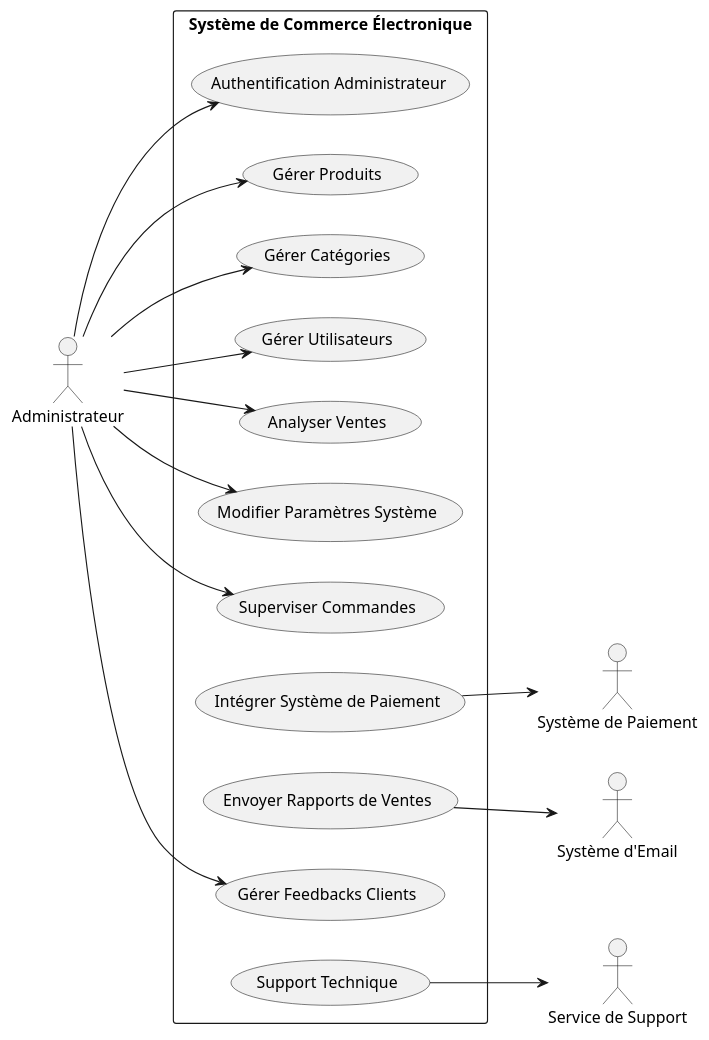
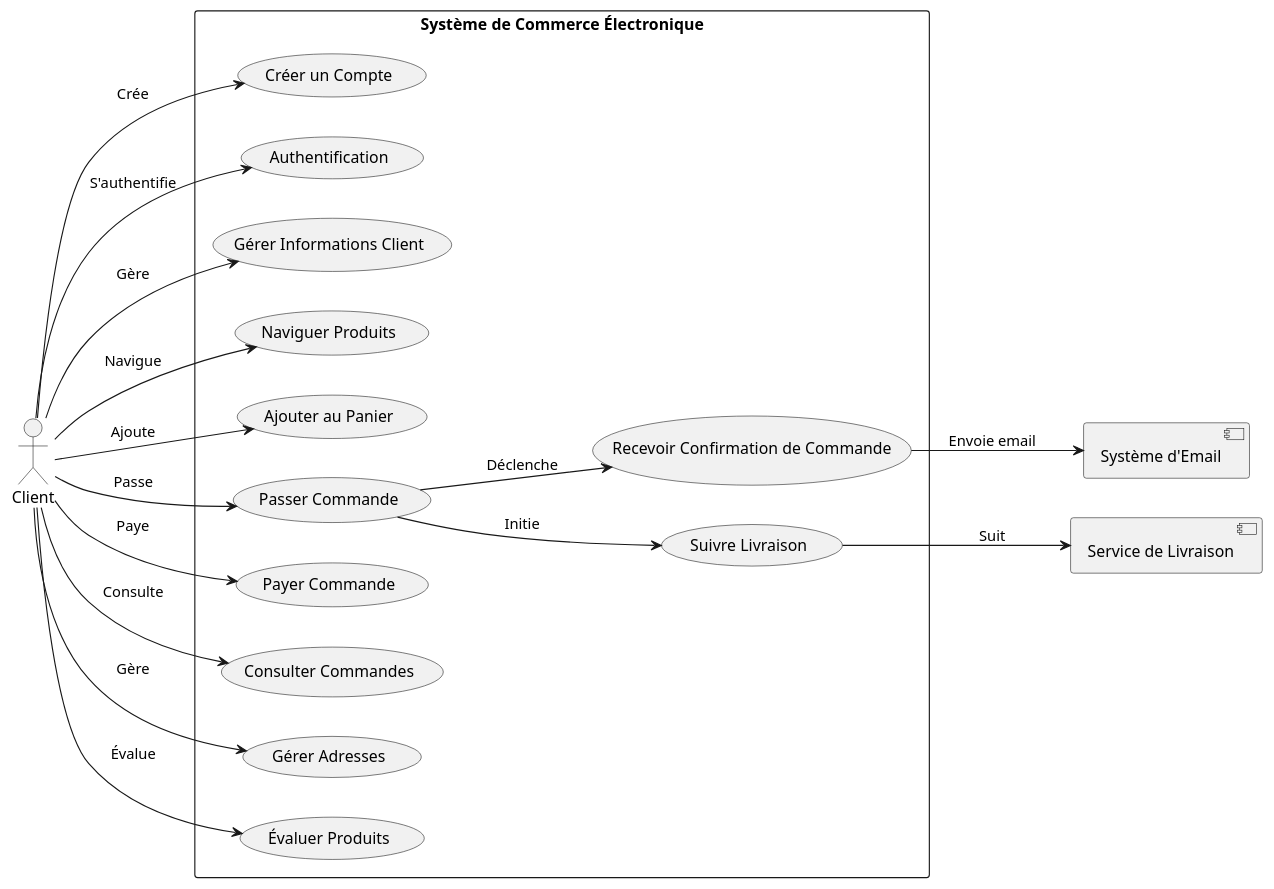
The diagram in DiagramCasUtilisation.puml (GEVIC21/Soutenance_documents), drawn with PlantUML before and after one commit. The commit also changed 19 other files, not shown here.

```diff
--- a/DiagramCasUtilisation.puml
+++ b/DiagramCasUtilisation.puml
@@ -1,100 +1,107 @@
 @startuml
 left to right direction
 skinparam packageStyle rectangle
 
-actor Administrateur
-actor "Système de Paiement" as PaymentSystem
-actor "Système d'Email" as EmailSystem
-actor "Service de Support" as SupportService
-
-rectangle "Système de Commerce Électronique" {
-    (Authentification Administrateur) as AuthA
-    (Gérer Produits) as GPdts
-    (Gérer Catégories) as GC
-    (Gérer Utilisateurs) as GU
-    (Analyser Ventes) as AV
-    (Modifier Paramètres Système) as MPS
-    (Superviser Commandes) as SC
-    (Intégrer Système de Paiement) as ISP
-    (Envoyer Rapports de Ventes) as ERV
-    (Gérer Feedbacks Clients) as GFC
-    (Support Technique) as ST
-}
-
-Administrateur --> AuthA
-Administrateur --> GPdts
-Administrateur --> GC
-Administrateur --> GU
-Administrateur --> AV
-Administrateur --> MPS
-Administrateur --> SC
-ISP --> PaymentSystem
-ERV --> EmailSystem
-Administrateur --> GFC
-ST --> SupportService
+'actor Administrateur
+'actor "Système de Paiement" as PaymentSystem
+'actor "Système d'Email" as EmailSystem
+'actor "Service de Support" as SupportService
+'
+'rectangle "Système de Commerce Électronique" {
+'    (Authentification Administrateur) as AuthA
+'    (Gérer Produits) as GPdts
+'    (Gérer Catégories) as GC
+'    (Gérer Utilisateurs) as GU
+'    (Analyser Ventes) as AV
+'    (Modifier Paramètres Système) as MPS
+'    (Superviser Commandes) as SC
+'    (Intégrer Système de Paiement) as ISP
+'    (Envoyer Rapports de Ventes) as ERV
+'    (Gérer Feedbacks Clients) as GFC
+'    (Support Technique) as ST
+'}
+'
+'Administrateur --> AuthA
+'Administrateur --> GPdts
+'Administrateur --> GC
+'Administrateur --> GU
+'Administrateur --> AV
+'Administrateur --> MPS
+'Administrateur --> SC
+'ISP --> PaymentSystem
+'ERV --> EmailSystem
+'Administrateur --> GFC
+'ST --> SupportService
 
 
 
+'' Acteurs
+'actor "Utilisateur Enregistré" as Utilisateur_Enregistre
 '
-'actor Utilisateur_Enregistré as Utilisateur_Enregistre
-'
+'' Système principal
 'rectangle "Système de Commerce Électronique" {
 '    (Authentification) as Auth
 '    (Gérer Panier) as GP
 '    (Consulter Historique Commande) as CHC
 '    (Modifier Compte) as MC
 '    (Configurer Préférences) as CP
 '    (Gérer Notifications) as GN
 '    (Suivre Commandes) as SC
 '    (Recevoir Notifications) as RN
 '}
 '
-'actor "Système de Notification" as NotificationSystem
+'' Système externe
+'component "Système de Notification" as NotificationSystem
 '
-'Utilisateur_Enregistre --> Auth
-'Utilisateur_Enregistre --> GP
-'Utilisateur_Enregistre --> CHC
-'Utilisateur_Enregistre --> MC
-'Utilisateur_Enregistre --> CP
-'Utilisateur_Enregistre --> GN
-'Utilisateur_Enregistre --> SC
-'GN --> RN
-'
-'RN ---> NotificationSystem
+'' Connexions
+'Utilisateur_Enregistre --> Auth : "Accède à"
+'Utilisateur_Enregistre --> GP : "Gère le"
+'Utilisateur_Enregistre --> CHC : "Consulte"
+'Utilisateur_Enregistre --> MC : "Modifie"
+'Utilisateur_Enregistre --> CP : "Configure"
+'Utilisateur_Enregistre --> GN : "Gère"
+'Utilisateur_Enregistre --> SC : "Suit"
+'GN --> RN : "Envoie"
+'RN --> NotificationSystem : "Notifie"
 
 
-'actor Client
-'actor "Système d'Email" as EmailSystem
-'actor "Service de Livraison" as DeliveryService
-'
-'rectangle "Système de Commerce Électronique" {
-'    (Créer un Compte) as CCA
-'    (Authentification) as Auth
-'    (Gérer Informations Client) as GIC
-'    (Naviguer Produits) as NP
-'    (Ajouter au Panier) as AP
-'    (Passer Commande) as PC
-'    (Payer Commande) as PayC
-'    (Consulter Commandes) as CC
-'    (Gérer Adresses) as GA
-'    (Évaluer Produits) as EP
-'    (Recevoir Confirmation de Commande) as RCC
-'    (Suivre Livraison) as SL
-'}
-'
-'Client --> CCA
-'Client --> Auth
-'Client --> GIC
-'Client --> NP
-'Client --> AP
-'Client --> PC
-'Client --> PayC
-'Client --> CC
-'Client --> GA
-'Client --> EP
-'PC --> RCC
-'RCC --> EmailSystem
-'PC --> SL
-'SL --> DeliveryService
+' Acteur
+actor Client
+
+' Systèmes externes
+component "Système d'Email" as EmailSystem
+component "Service de Livraison" as DeliveryService
+
+' Système principal
+rectangle "Système de Commerce Électronique" {
+    (Créer un Compte) as CCA
+    (Authentification) as Auth
+    (Gérer Informations Client) as GIC
+    (Naviguer Produits) as NP
+    (Ajouter au Panier) as AP
+    (Passer Commande) as PC
+    (Payer Commande) as PayC
+    (Consulter Commandes) as CC
+    (Gérer Adresses) as GA
+    (Évaluer Produits) as EP
+    (Recevoir Confirmation de Commande) as RCC
+    (Suivre Livraison) as SL
+}
+
+' Connexions
+Client --> CCA : "Crée"
+Client --> Auth : "S'authentifie"
+Client --> GIC : "Gère"
+Client --> NP : "Navigue"
+Client --> AP : "Ajoute"
+Client --> PC : "Passe"
+Client --> PayC : "Paye"
+Client --> CC : "Consulte"
+Client --> GA : "Gère"
+Client --> EP : "Évalue"
+PC --> RCC : "Déclenche"
+RCC --> EmailSystem : "Envoie email"
+PC --> SL : "Initie"
+SL --> DeliveryService : "Suit"
 
 @enduml
```
